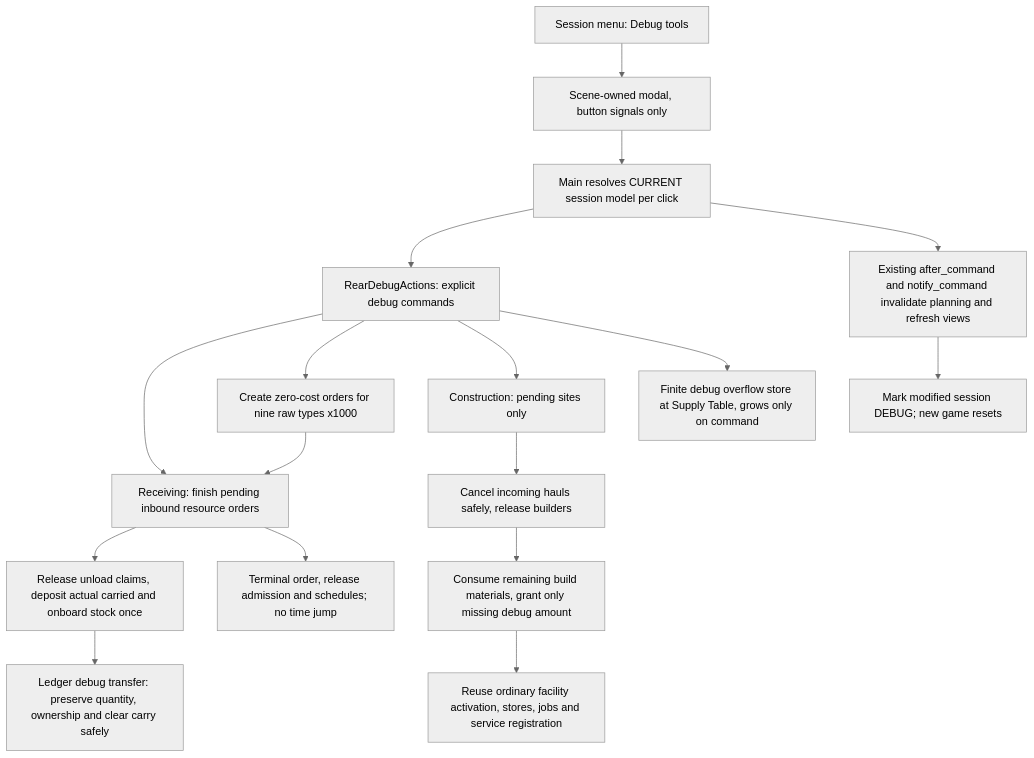
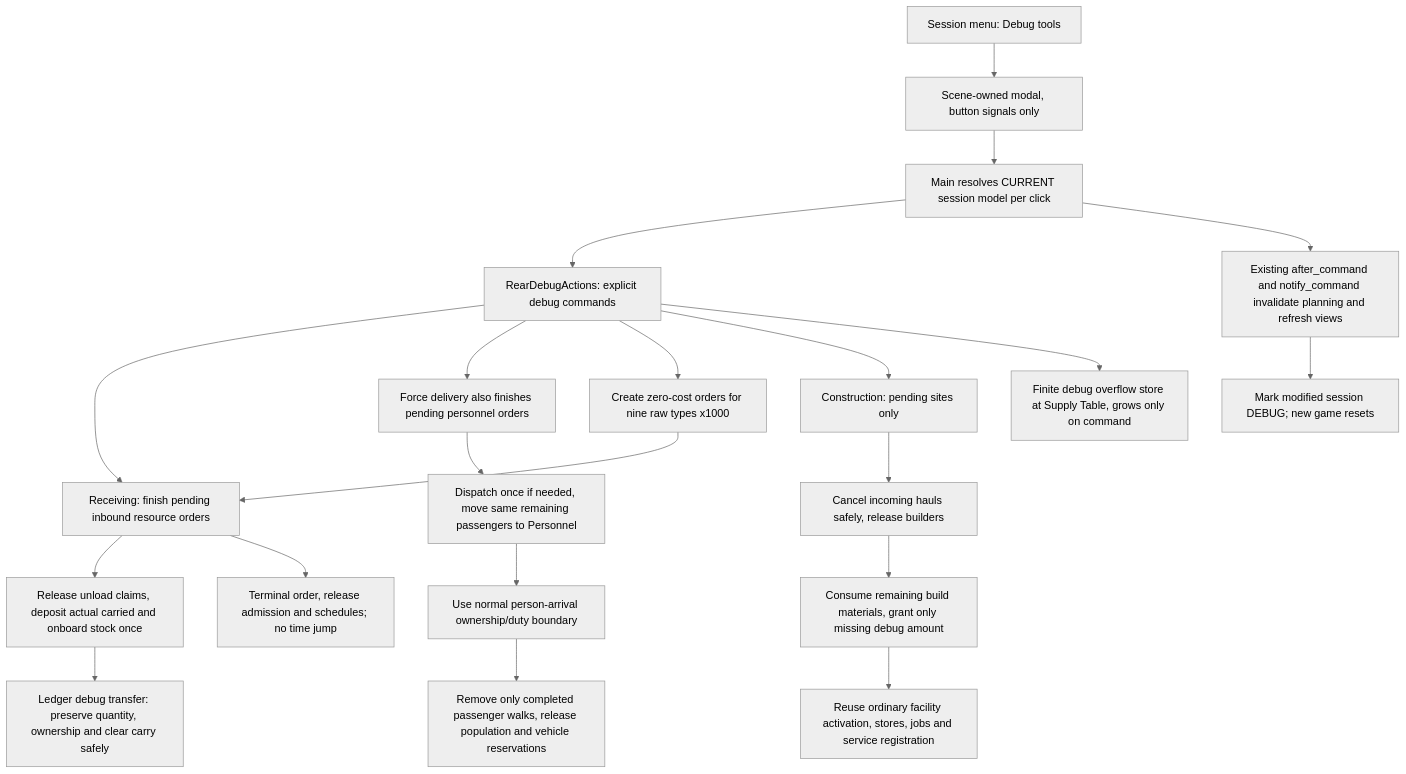
Before and after one commit to TheInfinityIQ/Trencho_V4: the diagram in docs/diagrams/rear_debug_menu.mmd, drawn with Mermaid (neutral theme). The commit also changed 1 other file, not shown here.

Commit message:
Diagram instant personnel arrivals before extending force delivery

```diff
--- a/docs/diagrams/rear_debug_menu.mmd
+++ b/docs/diagrams/rear_debug_menu.mmd
@@ -1,17 +1,21 @@
 flowchart TD
   Session[Session menu: Debug tools] --> Dialog[Scene-owned modal, button signals only]
   Dialog --> Main[Main resolves CURRENT session model per click]
   Main --> Debug[RearDebugActions: explicit debug commands]
   Debug --> Deliver[Receiving: finish pending inbound resource orders]
+  Debug --> People[Force delivery also finishes pending personnel orders]
+  People --> SamePeople[Dispatch once if needed, move same remaining passengers to Personnel]
+  SamePeople --> Arrive[Use normal person-arrival ownership/duty boundary]
+  Arrive --> Clear[Remove only completed passenger walks, release population and vehicle reservations]
   Deliver --> Claims[Release unload claims, deposit actual carried and onboard stock once]
   Claims --> Ledger[Ledger debug transfer: preserve quantity, ownership and clear carry safely]
   Deliver --> Complete[Terminal order, release admission and schedules; no time jump]
   Debug --> Resources[Create zero-cost orders for nine raw types x1000]
   Resources --> Deliver
   Debug --> Build[Construction: pending sites only]
   Build --> Cancel[Cancel incoming hauls safely, release builders]
   Cancel --> Material[Consume remaining build materials, grant only missing debug amount]
   Material --> Activate[Reuse ordinary facility activation, stores, jobs and service registration]
   Debug --> Storage[Finite debug overflow store at Supply Table, grows only on command]
   Main --> Refresh[Existing after_command and notify_command invalidate planning and refresh views]
   Refresh --> Mark[Mark modified session DEBUG; new game resets]
```
